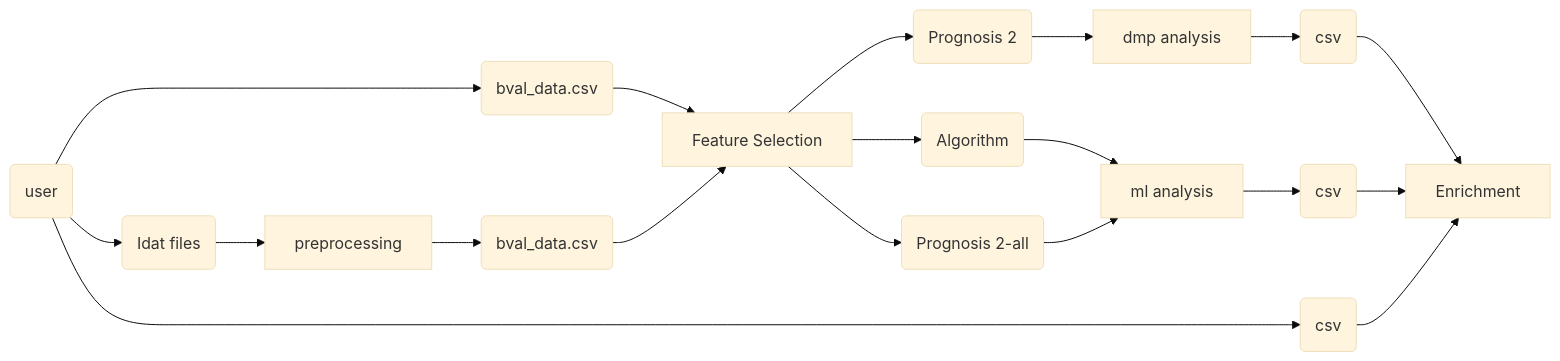
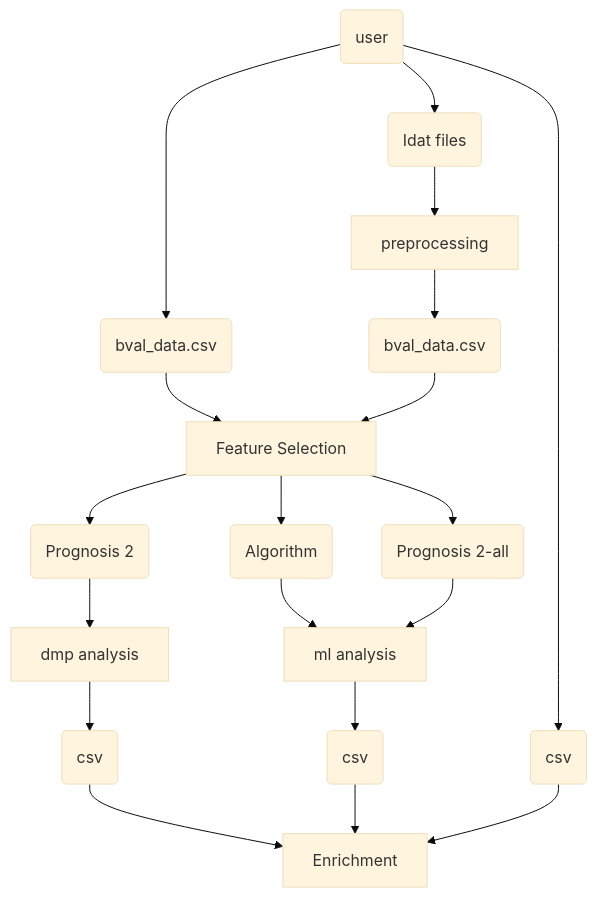
The diagram in docs/architecture.md (kostaslazaros/cpgenius), drawn with Mermaid (base theme) before and after one commit. The commit also changed 1 other file, not shown here.

Commit message:
fixinc copy errors

````diff
--- a/docs/architecture.md
+++ b/docs/architecture.md
@@ -194,21 +194,21 @@
 ```mermaid
-flowchart LR
+flowchart TD
     USR(user) --> IDF(Idat files)
     IDF --> IDAT[preprocessing]
     IDAT --> IDATB(bval_data.csv)
     USR --> FSF(bval_data.csv)
     FSF --> FS[Feature Selection]
     IDATB --> FS
     FS --> DUO(Prognosis 2)
     DUO --> DMP[dmp analysis]
     DMP --> DMPE(csv)
     DMPE --> ENR[Enrichment]
     FS --> ALG(Algorithm)
     FS --> TAG(Prognosis 2-all)
     ALG --> ML[ml analysis]
     TAG --> ML
     ML --> MLE(csv)
     MLE --> ENR
     USR --> RE(csv)
     RE --> ENR
 ```
````
